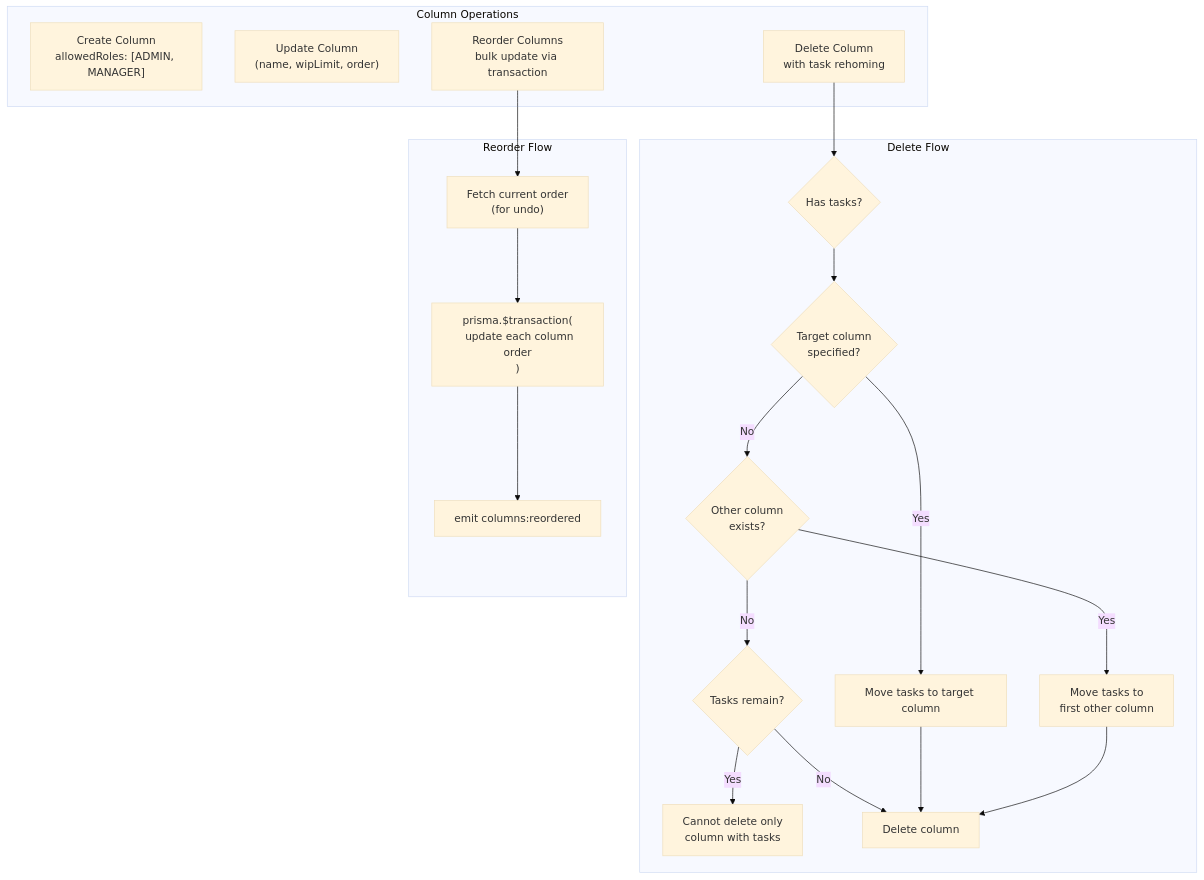
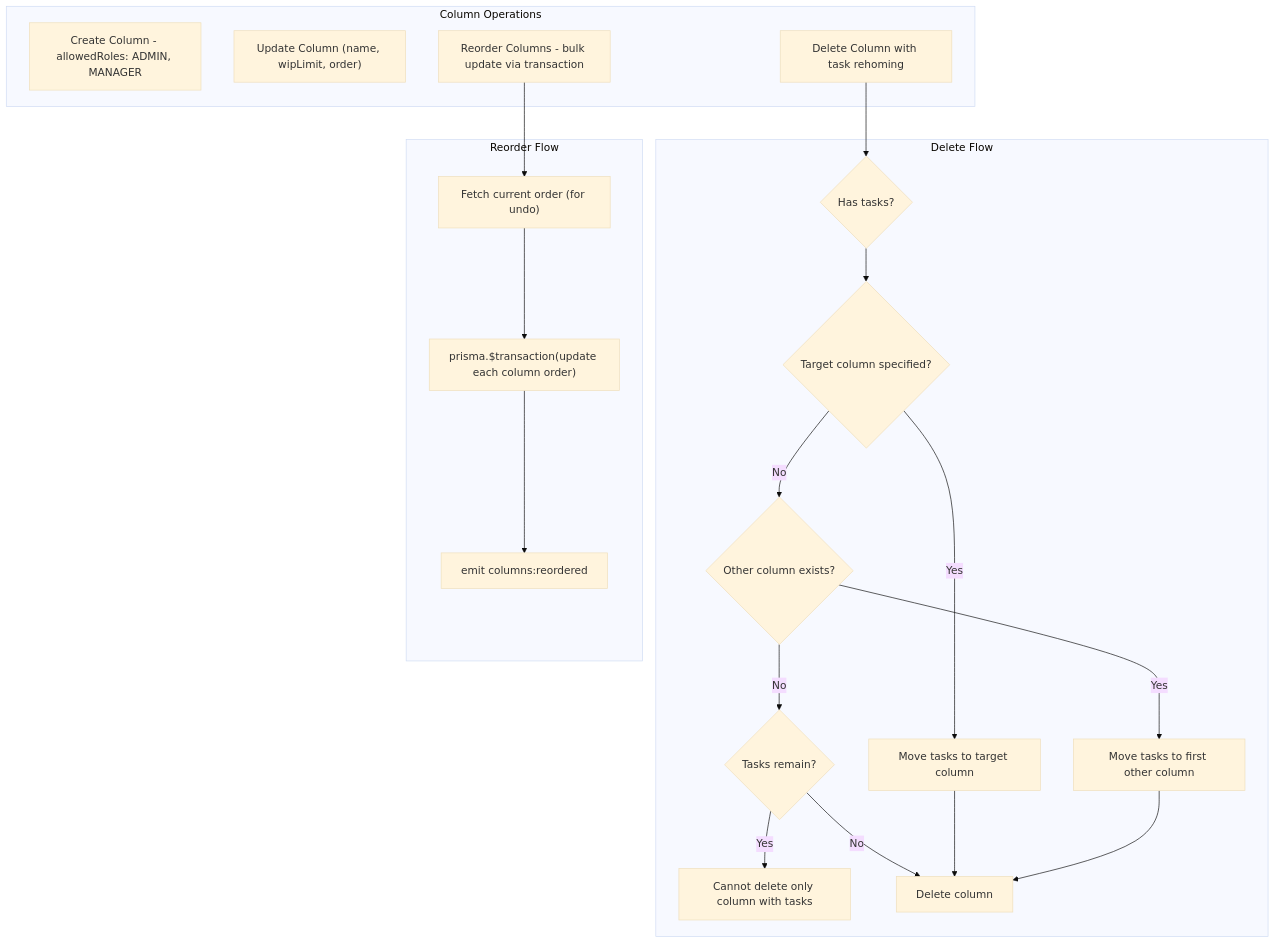
Before and after one commit to asefahmed500/Smart-Task-App_IIT_DU_Final_Project: the third of 7 diagrams in docs/04-board-management.md, drawn with Mermaid (base theme). The commit also changed other lines of this file and 8 other files, not shown here.

Commit message:
fix: remove br tags from mermaid diagrams for GitHub rendering

````diff
--- a/docs/04-board-management.md
+++ b/docs/04-board-management.md
@@ -68,28 +68,28 @@
 ```mermaid
 flowchart TD
     subgraph "Column Operations"
-        CREATE["Create Column<br/>allowedRoles: [ADMIN, MANAGER]"]
-        UPDATE["Update Column<br/>(name, wipLimit, order)"]
-        DELETE["Delete Column<br/>with task rehoming"]
-        REORDER["Reorder Columns<br/>bulk update via transaction"]
+        CREATE["Create Column - allowedRoles: ADMIN, MANAGER"]
+        UPDATE["Update Column (name, wipLimit, order)"]
+        DELETE["Delete Column with task rehoming"]
+        REORDER["Reorder Columns - bulk update via transaction"]
     end
 
     subgraph "Delete Flow"
         DELETE --> HAS_TASKS{"Has tasks?"}
-        HAS_TASKS --> TARGET{"Target column<br/>specified?"}
+        HAS_TASKS --> TARGET{"Target column specified?"}
         TARGET -->|Yes| MOVE["Move tasks to target column"]
-        TARGET -->|No| OTHER{"Other column<br/>exists?"}
-        OTHER -->|Yes| FIRST["Move tasks to<br/>first other column"]
+        TARGET -->|No| OTHER{"Other column exists?"}
+        OTHER -->|Yes| FIRST["Move tasks to first other column"]
         OTHER -->|No| EMPTY{"Tasks remain?"}
-        EMPTY -->|Yes| ERR["Cannot delete only<br/>column with tasks"]
+        EMPTY -->|Yes| ERR["Cannot delete only column with tasks"]
         EMPTY -->|No| DEL["Delete column"]
         MOVE --> DEL
         FIRST --> DEL
     end
 
     subgraph "Reorder Flow"
-        REORDER --> FETCH["Fetch current order<br/>(for undo)"]
-        FETCH --> TX["prisma.$transaction(<br/>  update each column order<br/>)"]
+        REORDER --> FETCH["Fetch current order (for undo)"]
+        FETCH --> TX["prisma.$transaction(update each column order)"]
         TX --> EMIT["emit columns:reordered"]
     end
 ```
````
